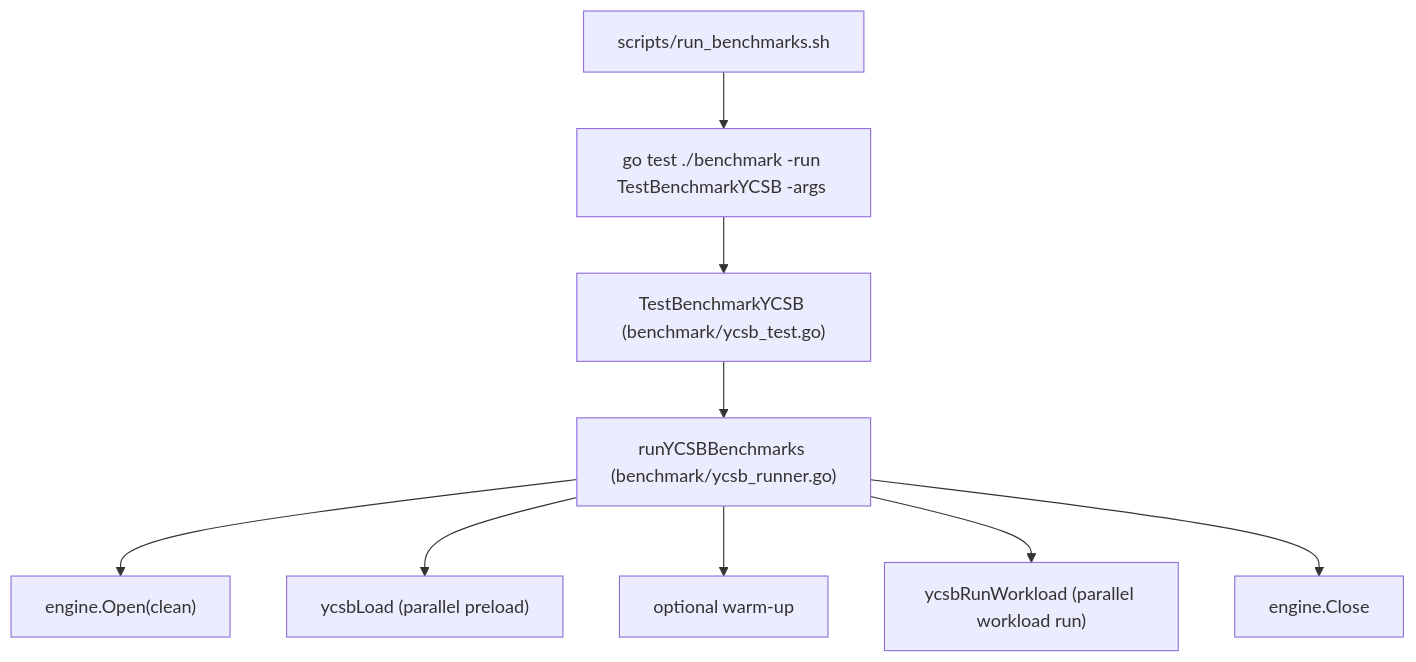
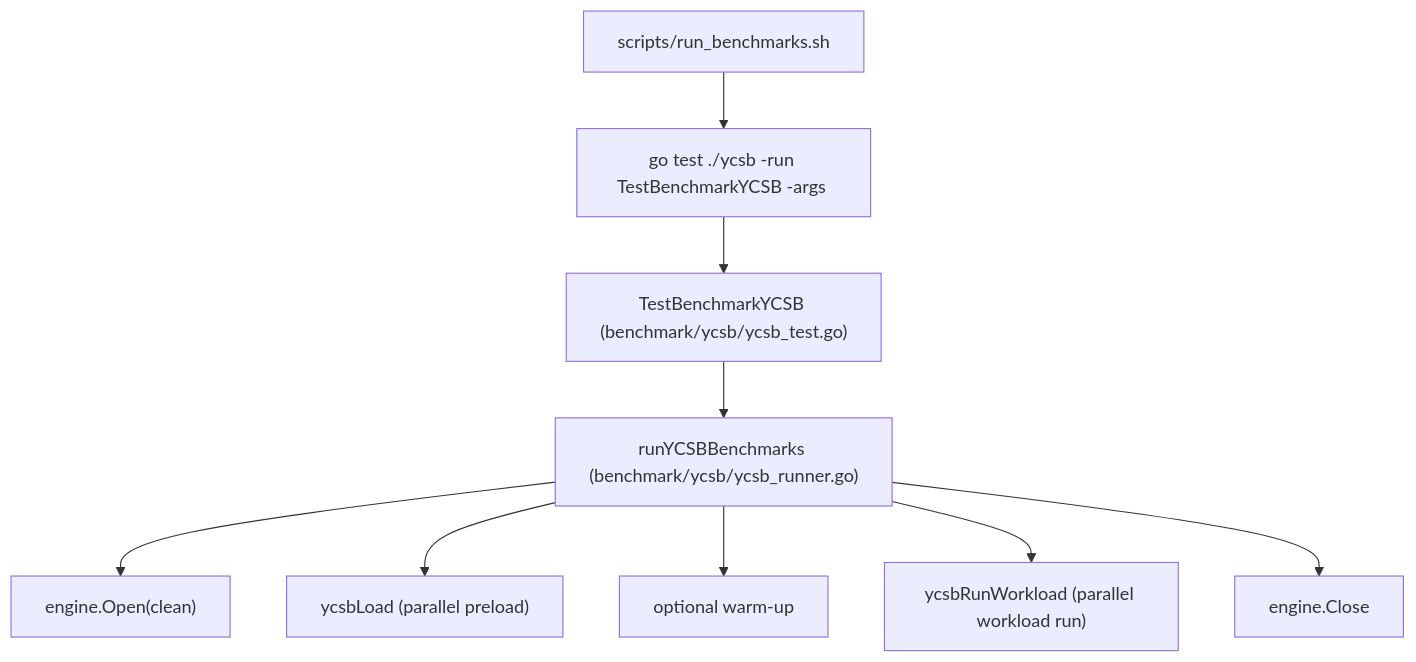
Before and after one commit to feichai0017/NoKV: the diagram in benchmark/README.md, drawn with Mermaid. The commit also changed other lines of this file and 299 other files, not shown here.

````diff
--- a/benchmark/README.md
+++ b/benchmark/README.md
@@ -32,11 +32,11 @@
 ```mermaid
 flowchart TD
-    A["scripts/run_benchmarks.sh"] --> B["go test ./benchmark -run TestBenchmarkYCSB -args <flags>"]
-    B --> C["TestBenchmarkYCSB (benchmark/ycsb_test.go)"]
-    C --> D["runYCSBBenchmarks (benchmark/ycsb_runner.go)"]
+    A["scripts/run_benchmarks.sh"] --> B["go test ./ycsb -run TestBenchmarkYCSB -args <flags>"]
+    B --> C["TestBenchmarkYCSB (benchmark/ycsb/ycsb_test.go)"]
+    C --> D["runYCSBBenchmarks (benchmark/ycsb/ycsb_runner.go)"]
     D --> E["engine.Open(clean)"]
     D --> F["ycsbLoad (parallel preload)"]
     D --> G["optional warm-up"]
     D --> H["ycsbRunWorkload (parallel workload run)"]
     D --> I["engine.Close"]
 ```
````
